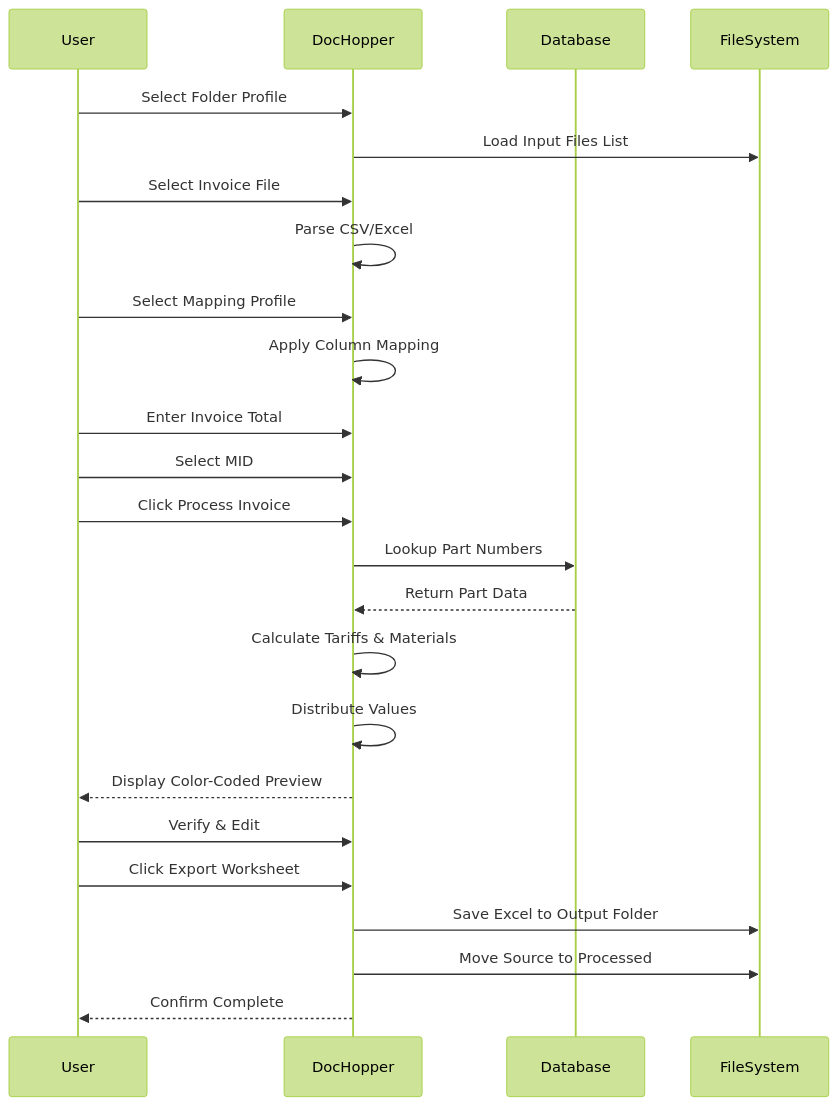
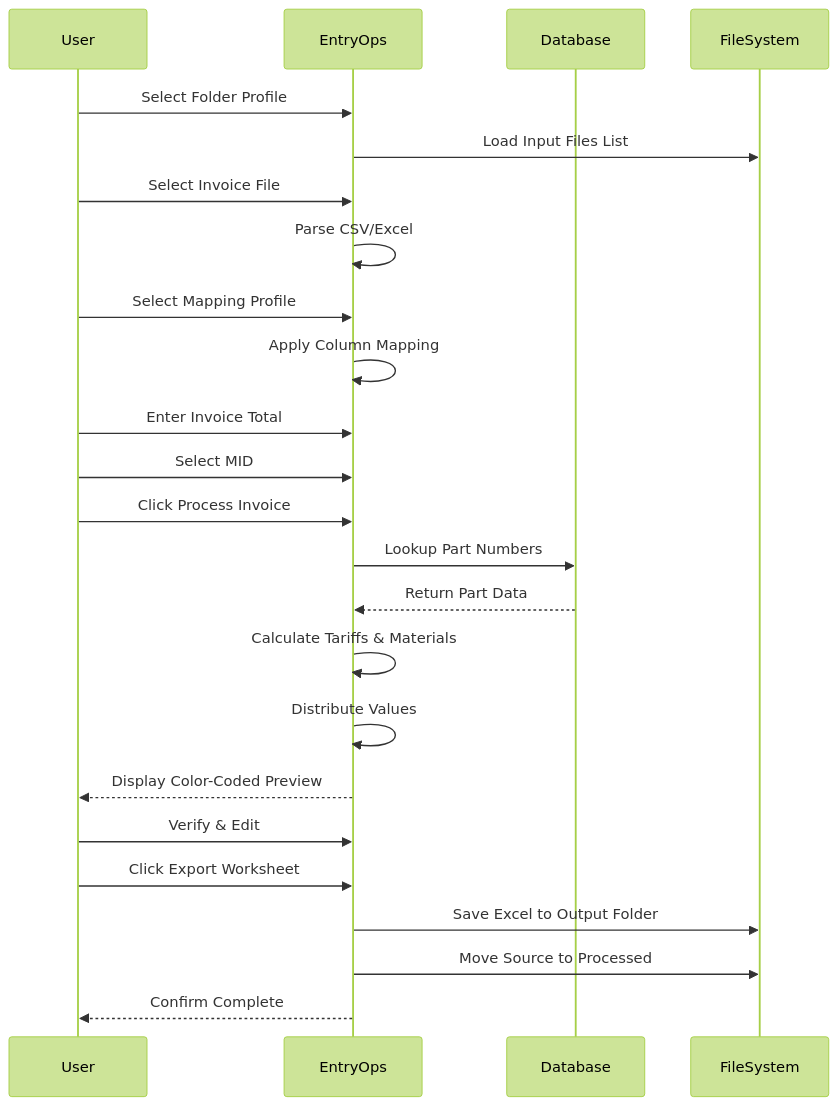
The second of 2 diagrams in docs/flowcharts/06_user_workflow.md (ProcessLogicLabs/entryops-desktop), drawn with Mermaid (forest theme) before and after one commit. The commit also changed other lines of this file and 125 other files, not shown here.

````diff
--- a/docs/flowcharts/06_user_workflow.md
+++ b/docs/flowcharts/06_user_workflow.md
@@ -106,27 +104,27 @@
 ```mermaid
 sequenceDiagram
     participant User
-    participant DocHopper
+    participant EntryOps
     participant Database
     participant FileSystem
 
-    User->>DocHopper: Select Folder Profile
-    DocHopper->>FileSystem: Load Input Files List
-    User->>DocHopper: Select Invoice File
-    DocHopper->>DocHopper: Parse CSV/Excel
-    User->>DocHopper: Select Mapping Profile
-    DocHopper->>DocHopper: Apply Column Mapping
-    User->>DocHopper: Enter Invoice Total
-    User->>DocHopper: Select MID
-    User->>DocHopper: Click Process Invoice
-    DocHopper->>Database: Lookup Part Numbers
-    Database-->>DocHopper: Return Part Data
-    DocHopper->>DocHopper: Calculate Tariffs & Materials
-    DocHopper->>DocHopper: Distribute Values
-    DocHopper-->>User: Display Color-Coded Preview
-    User->>DocHopper: Verify & Edit
-    User->>DocHopper: Click Export Worksheet
-    DocHopper->>FileSystem: Save Excel to Output Folder
-    DocHopper->>FileSystem: Move Source to Processed
-    DocHopper-->>User: Confirm Complete
+    User->>EntryOps: Select Folder Profile
+    EntryOps->>FileSystem: Load Input Files List
+    User->>EntryOps: Select Invoice File
+    EntryOps->>EntryOps: Parse CSV/Excel
+    User->>EntryOps: Select Mapping Profile
+    EntryOps->>EntryOps: Apply Column Mapping
+    User->>EntryOps: Enter Invoice Total
+    User->>EntryOps: Select MID
+    User->>EntryOps: Click Process Invoice
+    EntryOps->>Database: Lookup Part Numbers
+    Database-->>EntryOps: Return Part Data
+    EntryOps->>EntryOps: Calculate Tariffs & Materials
+    EntryOps->>EntryOps: Distribute Values
+    EntryOps-->>User: Display Color-Coded Preview
+    User->>EntryOps: Verify & Edit
+    User->>EntryOps: Click Export Worksheet
+    EntryOps->>FileSystem: Save Excel to Output Folder
+    EntryOps->>FileSystem: Move Source to Processed
+    EntryOps-->>User: Confirm Complete
 ```
````
